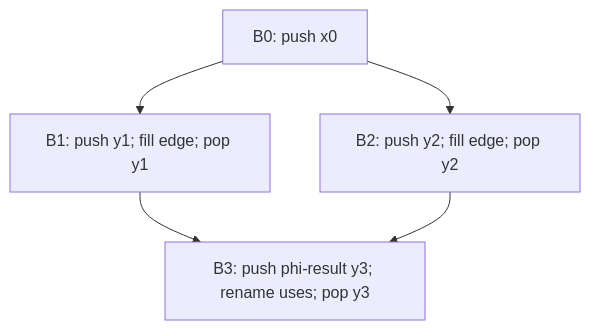
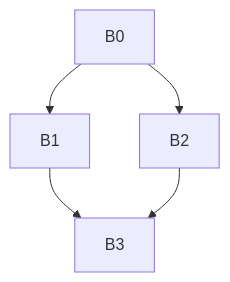
The first of 2 diagrams in docs/modules/07-ssa-renaming.md (Misha1302/Middle-end-compiler-cource), drawn with Mermaid before and after one commit. The commit also changed other lines of this file and 47 other files, not shown here.

````diff
--- a/docs/modules/07-ssa-renaming.md
+++ b/docs/modules/07-ssa-renaming.md
@@ -102,7 +33,7 @@
 ```mermaid
 flowchart TD
-    B0["B0: push x0"] --> B1["B1: push y1; fill edge; pop y1"]
-    B0 --> B2["B2: push y2; fill edge; pop y2"]
-    B1 --> B3["B3: push phi-result y3; rename uses; pop y3"]
-    B2 --> B3
+  B0 --> B1
+  B0 --> B2
+  B1 --> B3
+  B2 --> B3
 ```
````
